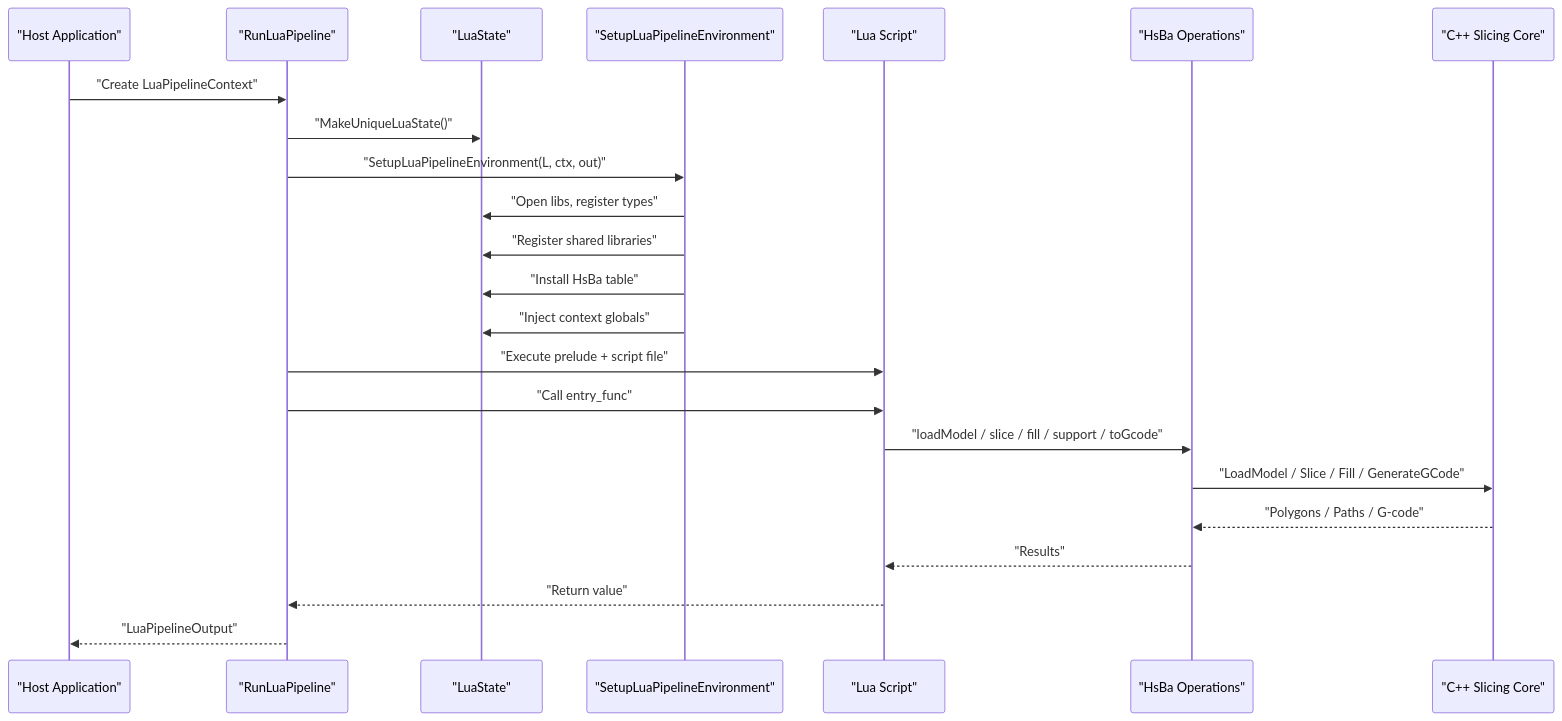
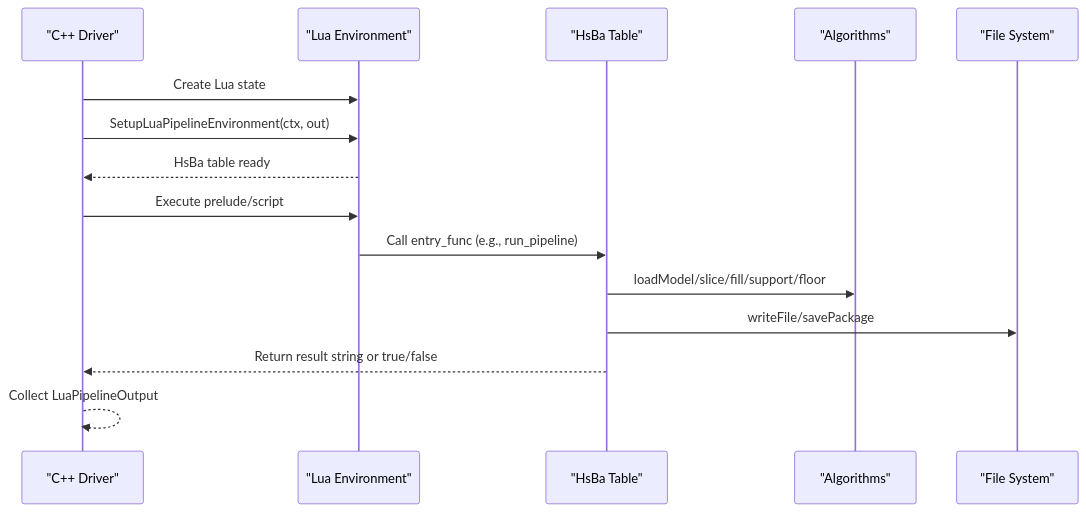
Before and after one commit to hsmbanlance/HsBaSlicer: the second of 6 diagrams in .qoder/repowiki/en/content/Lua Scripting System/Lua Scripting System.md, drawn with Mermaid. The commit also changed other lines of this file and 1095 other files, not shown here.

````diff
--- a/.qoder/repowiki/en/content/Lua Scripting System/Lua Scripting System.md
+++ b/.qoder/repowiki/en/content/Lua Scripting System/Lua Scripting System.md
@@ -107,25 +97,17 @@
 ```mermaid
 sequenceDiagram
-participant Host as "Host Application"
-participant Driver as "RunLuaPipeline"
-participant State as "LuaState"
-participant Env as "SetupLuaPipelineEnvironment"
-participant Script as "Lua Script"
-participant Ops as "HsBa Operations"
-participant Core as "C++ Slicing Core"
-Host->>Driver : "Create LuaPipelineContext"
-Driver->>State : "MakeUniqueLuaState()"
-Driver->>Env : "SetupLuaPipelineEnvironment(L, ctx, out)"
-Env->>State : "Open libs, register types"
-Env->>State : "Register shared libraries"
-Env->>State : "Install HsBa table"
-Env->>State : "Inject context globals"
-Driver->>Script : "Execute prelude + script file"
-Driver->>Script : "Call entry_func"
-Script->>Ops : "loadModel / slice / fill / support / toGcode"
-Ops->>Core : "LoadModel / Slice / Fill / GenerateGCode"
-Core-->>Ops : "Polygons / Paths / G-code"
-Ops-->>Script : "Results"
-Script-->>Driver : "Return value"
-Driver-->>Host : "LuaPipelineOutput"
+participant Driver as "C++ Driver"
+participant LuaEnv as "Lua Environment"
+participant HsBa as "HsBa Table"
+participant Algo as "Algorithms"
+participant FS as "File System"
+Driver->>LuaEnv : Create Lua state
+Driver->>LuaEnv : SetupLuaPipelineEnvironment(ctx, out)
+LuaEnv-->>Driver : HsBa table ready
+Driver->>LuaEnv : Execute prelude/script
+LuaEnv->>HsBa : Call entry_func (e.g., run_pipeline)
+HsBa->>Algo : loadModel/slice/fill/support/floor
+HsBa->>FS : writeFile/savePackage
+HsBa-->>Driver : Return result string or true/false
+Driver-->>Driver : Collect LuaPipelineOutput
 ```
````
